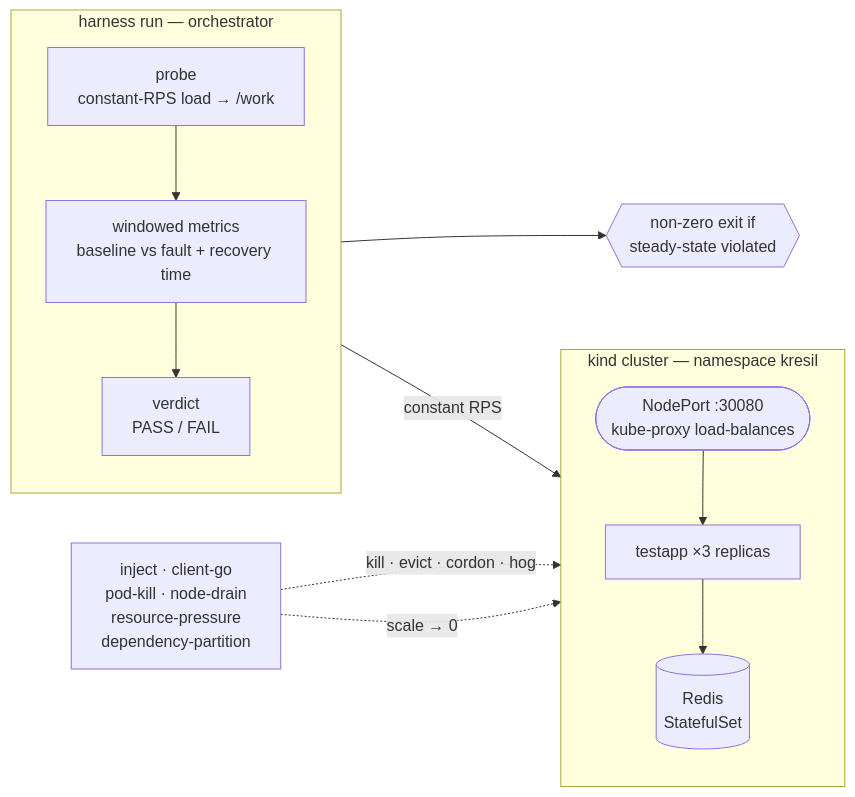
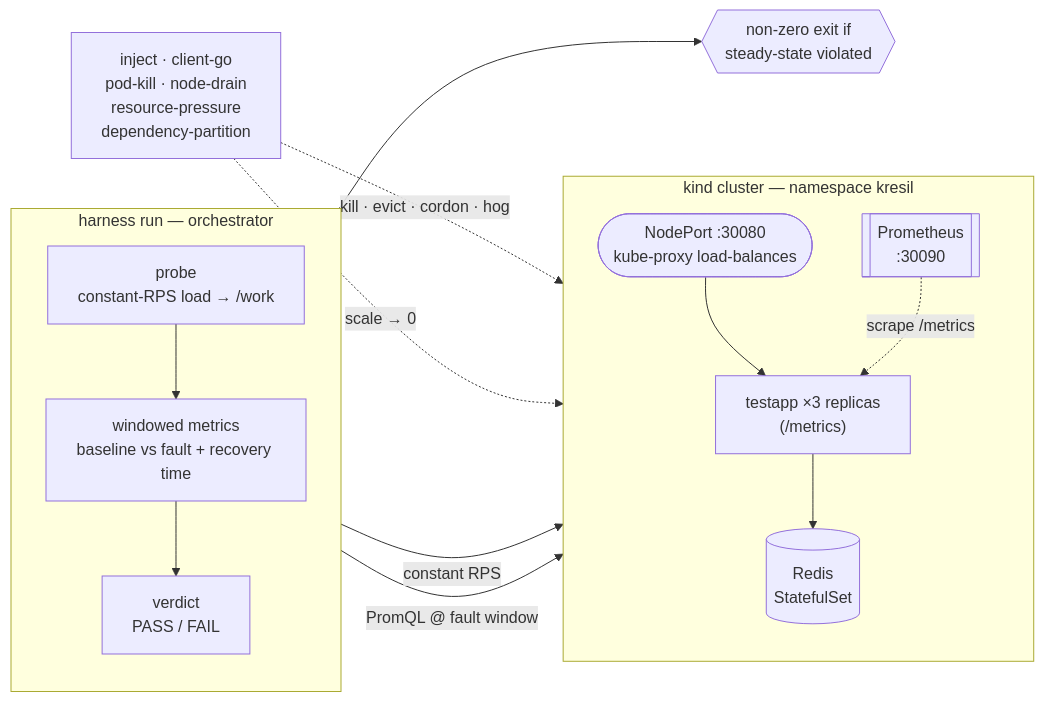
The diagram in README.md (thefcan/k8s-resilience-harness), drawn with Mermaid before and after one commit. The commit also changed other lines of this file and 31 other files, not shown here.

First line of the commit message:
feat: M4 — Prometheus metrics platform + server-side cross-check

````diff
--- a/README.md
+++ b/README.md
@@ -134,25 +140,28 @@
 ```mermaid
 flowchart LR
     subgraph orch["harness run — orchestrator"]
         direction TB
         probe["probe<br/>constant-RPS load → /work"]
         metrics["windowed metrics<br/>baseline vs fault + recovery time"]
         verdict["verdict<br/>PASS / FAIL"]
         probe --> metrics --> verdict
     end
 
     inject["inject · client-go<br/>pod-kill · node-drain<br/>resource-pressure<br/>dependency-partition"]
 
     subgraph cluster["kind cluster — namespace kresil"]
         direction TB
         np(["NodePort :30080<br/>kube-proxy load-balances"])
-        app["testapp ×3 replicas"]
+        app["testapp ×3 replicas<br/>(/metrics)"]
         redis[("Redis<br/>StatefulSet")]
+        prom[["Prometheus<br/>:30090"]]
         np --> app --> redis
+        prom -.->|"scrape /metrics"| app
     end
 
     probe -->|"constant RPS"| np
     inject -.->|"kill · evict · cordon · hog"| app
     inject -.->|"scale → 0"| redis
+    verdict -->|"PromQL @ fault window"| prom
     verdict --> gate{{"non-zero exit if<br/>steady-state violated"}}
 ```
````
